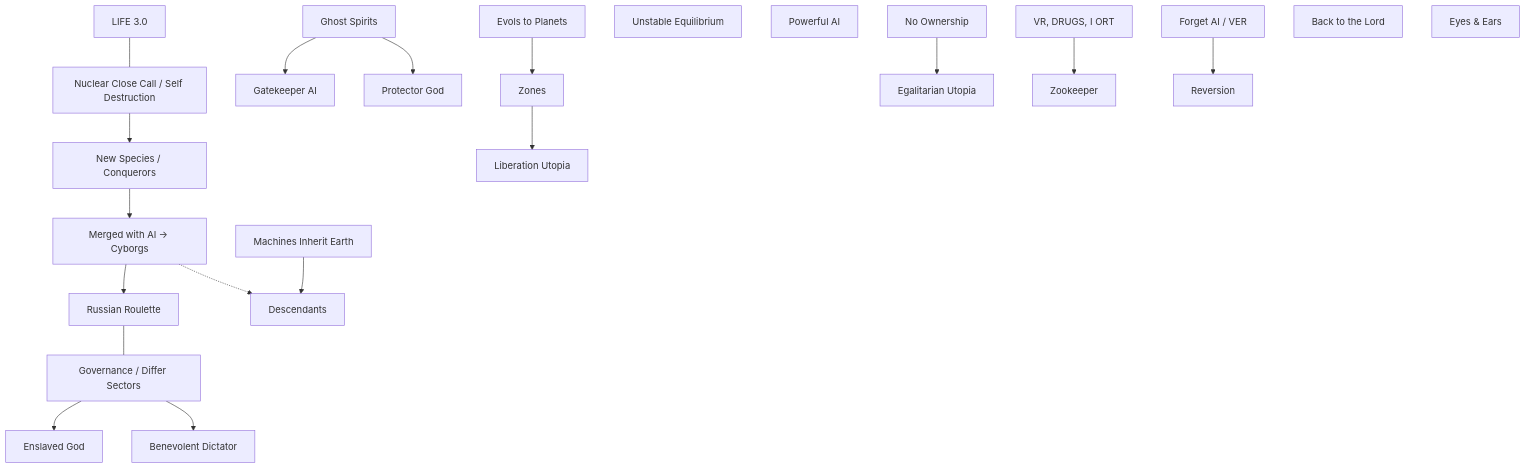
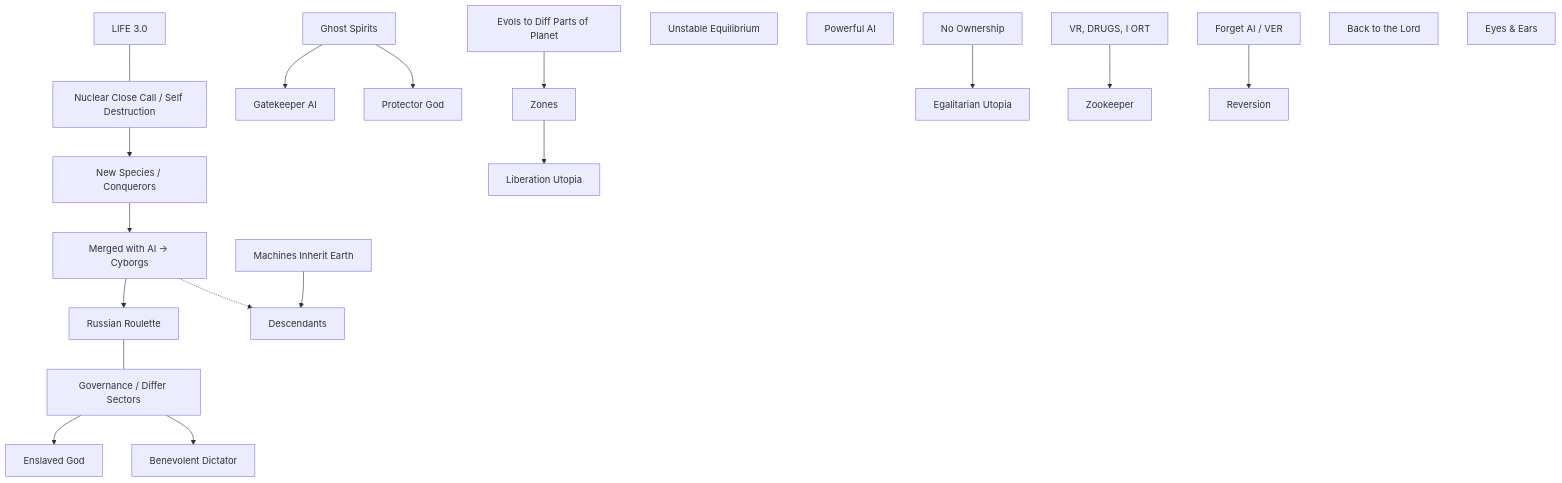
The diagram in story-wiki/content/stories/anime-series/Civil-Ser-vant/ideas/refine-civil.md (jxlee007/WRITE), drawn with Mermaid before and after one commit. The commit also changed other lines of this file and 3 other files, not shown here.

````diff
--- a/story-wiki/content/stories/anime-series/Civil-Ser-vant/ideas/refine-civil.md
+++ b/story-wiki/content/stories/anime-series/Civil-Ser-vant/ideas/refine-civil.md
@@ -95,36 +95,36 @@
 ```mermaid
 graph TD
     %% Main Title
     Title[LIFE 3.0] --- Nuclear
 
     %% Flow Layout
     Nuclear[Nuclear Close Call / Self Destruction] --> NewSpecies[New Species / Conquerors]
     NewSpecies --> MergedAI[Merged with AI -> Cyborgs]
     MergedAI --> RussianRoulette[Russian Roulette]
     
     %% Governance Branch
     Governance[Governance / Differ Sectors] --> Enslaved[Enslaved God]
     Governance --> Benevolent[Benevolent Dictator]
     
     %% AI & Future Scenarios
     Ghost[Ghost Spirits] --> Gatekeeper[Gatekeeper AI]
     Ghost --> Protector[Protector God]
     
     Machines[Machines Inherit Earth] --> Descendants[Descendants]
-    Evols[Evols to Planets] --> Zones[Zones]
+    Evols[Evols to Diff Parts of Planet] --> Zones[Zones]
     Zones --> Liberation[Liberation Utopia]
     
     Unstable[Unstable Equilibrium]
     Powerful[Powerful AI]
     NoOwnership[No Ownership] --> Egalitarian[Egalitarian Utopia]
     
     VR[VR, DRUGS, I ORT] --> Zookeeper[Zookeeper]
     Forget[Forget AI / VER] --> Reversion[Reversion]
     
     Back[Back to the Lord]
     Eyes[Eyes & Ears]
 
     %% Connections indicated by lines in notes
     RussianRoulette --- Governance
     MergedAI -.-> Descendants
 ```
````
